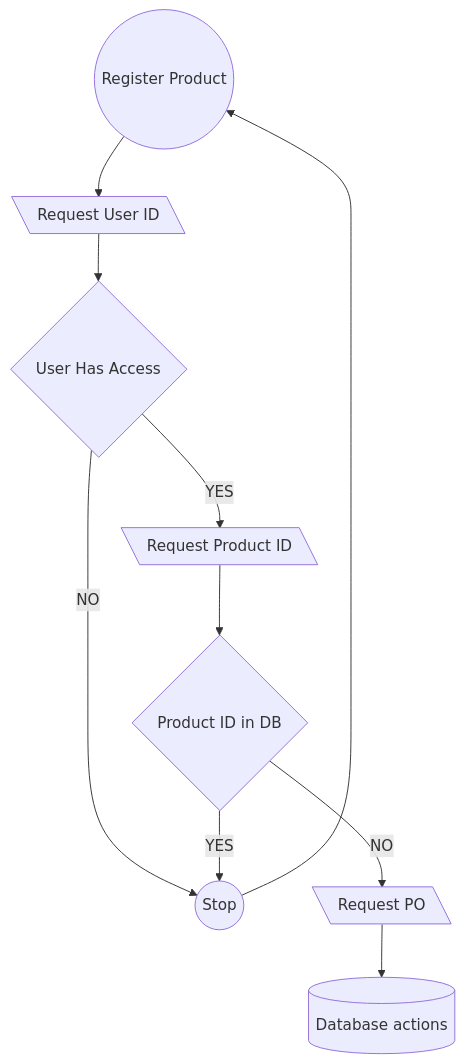
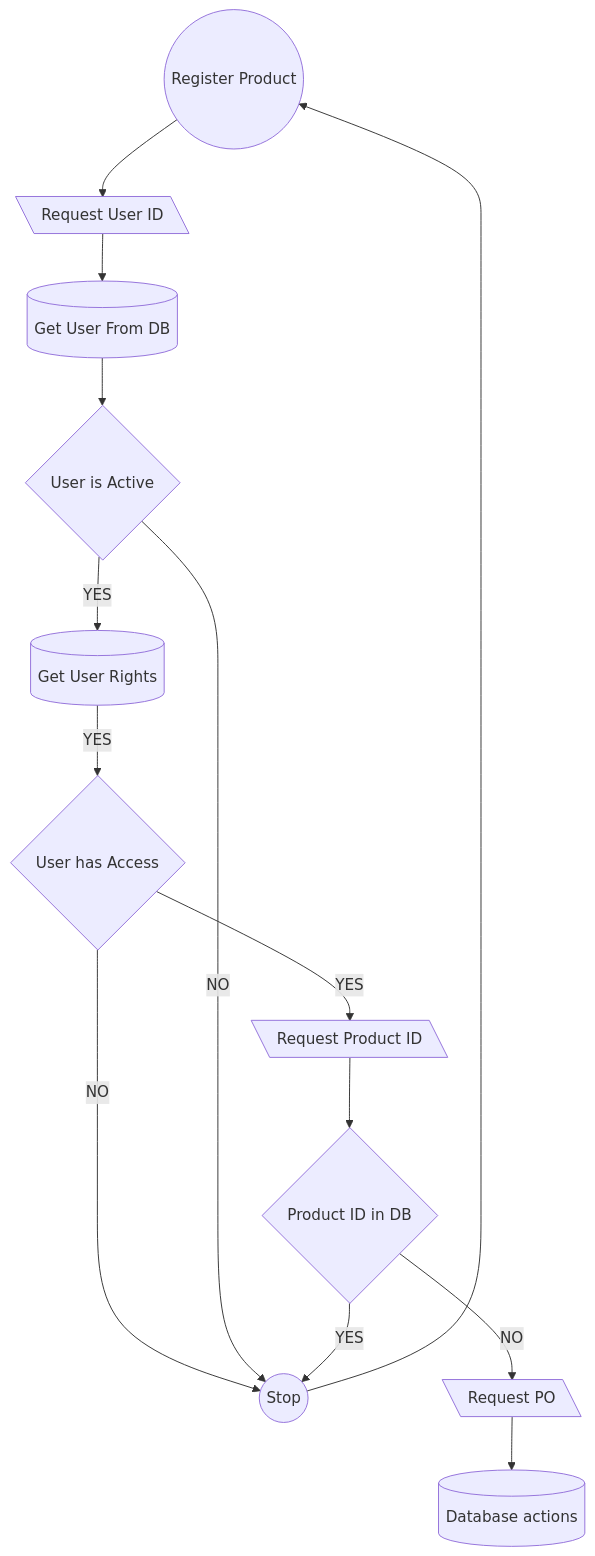
The first of 2 diagrams in docs/flows/register_product.md (spreadsheetsonlineproject/hubner-lms), drawn with Mermaid before and after one commit. The commit also changed other lines of this file, not shown here.

Commit message:
better user authentication

````diff
--- a/docs/flows/register_product.md
+++ b/docs/flows/register_product.md
@@ -9,13 +9,17 @@
 ``` mermaid
 flowchart
 
     Flow((Register Product)) --> RequestUserID[\Request User ID\]
     Stop --> Flow
-    RequestUserID --> UserHasAccess{User Has Access}
+    RequestUserID --> GetUserFromDB[(Get User From DB)]
+    GetUserFromDB --> UserIsActive{User is Active}
+    UserIsActive -->|YES| GetUserRightsFromDB[(Get User Rights)]
+    GetUserRightsFromDB -->|YES| UserHasAccess{User has Access}
     UserHasAccess -->|NO| Stop((Stop))
+    UserIsActive -->|NO| Stop
     UserHasAccess -->|YES| RequestProductID[\Request Product ID\]
     RequestProductID --> ProductIdInDB{Product ID in DB}
     ProductIdInDB -->|YES| Stop
     ProductIdInDB -->|NO| RequestPO[\Request PO\]
     RequestPO --> DbAction[(Database actions)]
 ```
````
